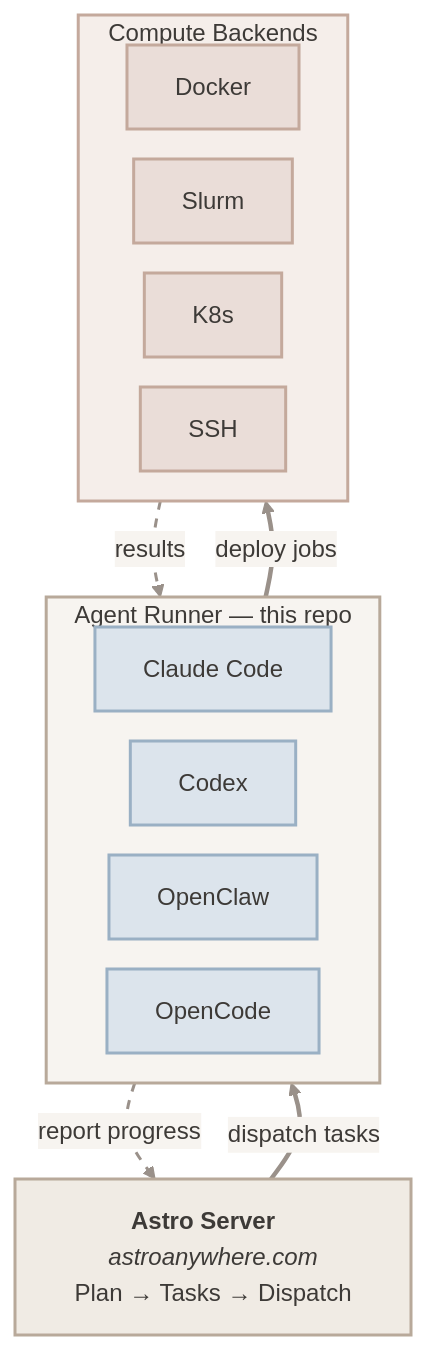
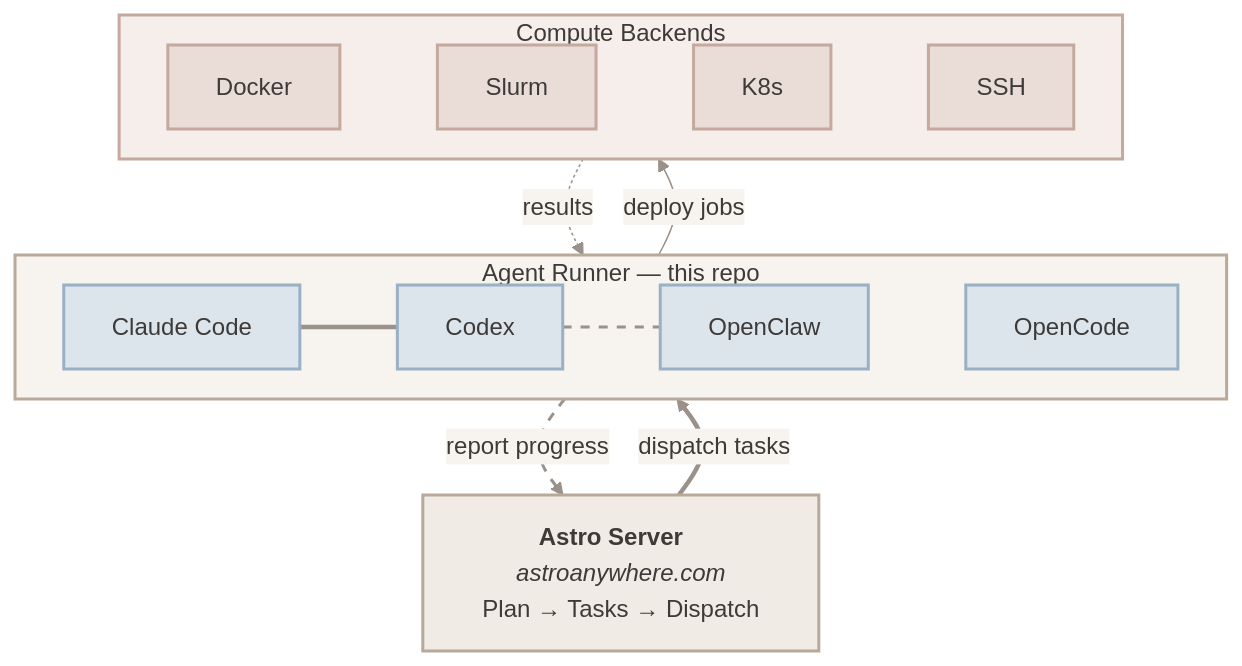
The third of 3 diagrams in README.md (astro-anywhere/astro-agent), drawn with Mermaid before and after one commit. The commit also changed other lines of this file, not shown here.

Commit message:
docs: force horizontal layout with invisible links, remove Related
Use ~~~ (invisible links) to force subgraph items into a row —
direction LR inside subgraphs is ignored by GitHub's Mermaid
renderer. Remove Related section.

````diff
--- a/README.md
+++ b/README.md
@@ -237,58 +237,50 @@
 ```mermaid
 %%{init: {
   'theme': 'base',
   'themeVariables': {
     'primaryColor': '#e8e0d8',
     'primaryBorderColor': '#b8a99a',
     'primaryTextColor': '#3d3a37',
     'lineColor': '#9a918a',
     'textColor': '#3d3a37',
     'fontSize': '16px',
     'fontFamily': 'Palatino, Palatino Linotype, Georgia, serif',
     'edgeLabelBackground': '#f7f4f0'
   },
   'flowchart': {
     'nodeSpacing': 20,
     'rankSpacing': 40,
     'padding': 16,
     'htmlLabels': true,
     'curve': 'basis'
   }
 }}%%
 flowchart TB
     classDef server fill:#f0ebe4,stroke:#b8a99a,stroke-width:2px,color:#3d3a37
     classDef mist fill:#dce4ec,stroke:#9ab0c4,stroke-width:2px,color:#3d3a37
     classDef rose fill:#eaddd8,stroke:#c4a99c,stroke-width:2px,color:#3d3a37
 
     Server["<b>Astro Server</b> &nbsp; <i>astroanywhere.com</i><br/>Plan &rarr; Tasks &rarr; Dispatch"]:::server
 
     Server -- "dispatch tasks" --> runner
     runner -. "report progress" .-> Server
 
     subgraph runner["Agent Runner &mdash; this repo"]
-        direction LR
-        A1["Claude Code"]:::mist
-        A2["Codex"]:::mist
-        A3["OpenClaw"]:::mist
-        A4["OpenCode"]:::mist
+        A1["Claude Code"]:::mist ~~~ A2["Codex"]:::mist ~~~ A3["OpenClaw"]:::mist ~~~ A4["OpenCode"]:::mist
     end
 
     runner -- "deploy jobs" --> compute
     compute -. "results" .-> runner
 
     subgraph compute["Compute Backends"]
-        direction LR
-        C1["Docker"]:::rose
-        C2["Slurm"]:::rose
-        C3["K8s"]:::rose
-        C4["SSH"]:::rose
+        C1["Docker"]:::rose ~~~ C2["Slurm"]:::rose ~~~ C3["K8s"]:::rose ~~~ C4["SSH"]:::rose
     end
 
     style runner fill:#f7f4f0,stroke:#b8a99a,stroke-width:2px,color:#3d3a37
     style compute fill:#f5eeea,stroke:#c4a99c,stroke-width:2px,color:#3d3a37
 
     linkStyle 0 stroke:#9a918a,stroke-width:3px
     linkStyle 1 stroke:#9a918a,stroke-width:2px,stroke-dasharray:6
     linkStyle 2 stroke:#9a918a,stroke-width:3px
     linkStyle 3 stroke:#9a918a,stroke-width:2px,stroke-dasharray:6
 ```
````
